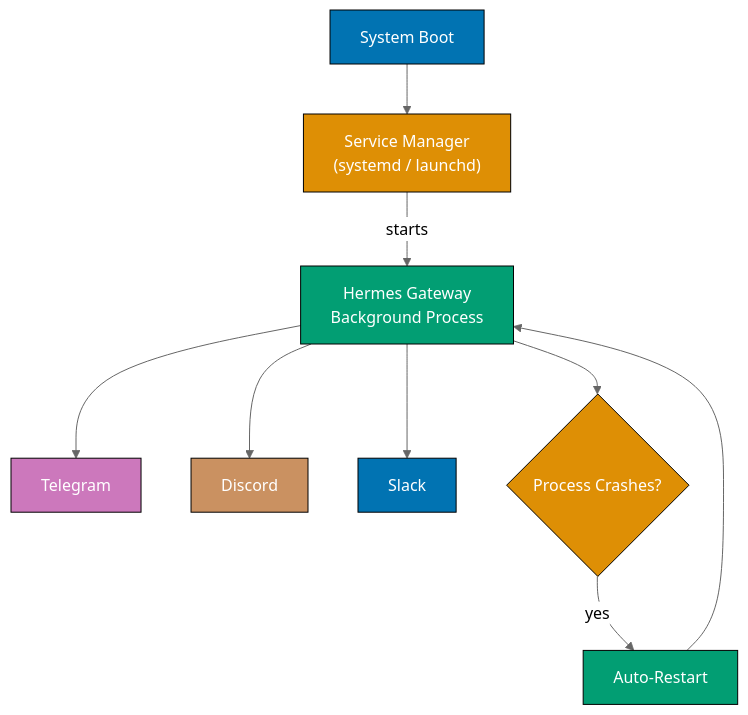
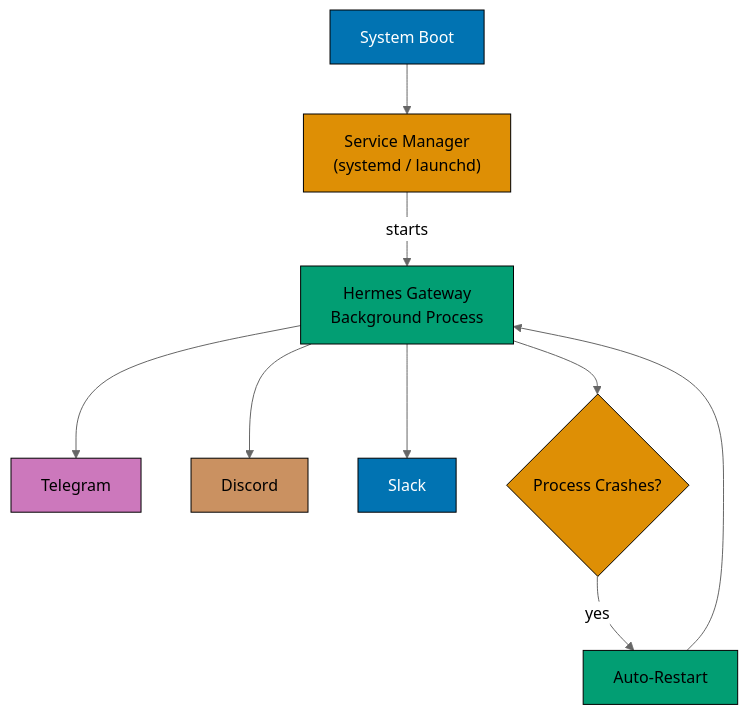
One commit to wahidyankf/ose-public changed diagram 11 of 14 in apps/ayokoding-www/content/en/learn/legacy/artificial-intelligence/tools/hermes-agent/by-example/advanced.md. Above: the diagram before and after it, drawn with Mermaid (neutral theme). The commit also changed other lines of this file and 50 other files, not shown here.

First line of the commit message:
fix(mermaid): bring the docs, governance, plans, and legacy AI diagrams onto the accessible palette

````diff
--- a/apps/ayokoding-www/content/en/learn/legacy/artificial-intelligence/tools/hermes-agent/by-example/advanced.md
+++ b/apps/ayokoding-www/content/en/learn/legacy/artificial-intelligence/tools/hermes-agent/by-example/advanced.md
@@ -1608,30 +1686,38 @@
 ```mermaid
 %% Color Palette: Blue #0173B2, Orange #DE8F05, Teal #029E73, Purple #CC78BC, Brown #CA9161
 graph TD
+    accTitle: Example 74: Daemon Installation
+    accDescr: Graph with 8 nodes and 8 connections. Nodes: System Boot, Service Manager (systemd / launchd), Hermes Gateway Background Process, Telegram, Discord, Slack, Process Crashes?, Auto-Restart. Connections: System Boot to Service Manager (systemd / launchd), Service Manager (systemd / launchd) to Hermes Gateway Background Process (starts), Hermes Gateway Background Process to Telegram, Hermes Gateway Background Process to Discord, Hermes Gateway Background Process to Slack, Hermes Gateway Background Process to Process Crashes?, Process Crashes? to Auto-Restart (yes), Auto-Restart to Hermes Gateway Background Process.
     A["System Boot"]
     B["Service Manager<br/>(systemd / launchd)"]
     C["Hermes Gateway<br/>Background Process"]
     D["Telegram"]
     E["Discord"]
     F["Slack"]
     G{"Process Crashes?"}
     H["Auto-Restart"]
 
     A --> B
     B -->|"starts"| C
     C --> D
     C --> E
     C --> F
     C --> G
     G -->|"yes"| H
     H --> C
 
-    style A fill:#0173B2,stroke:#000,color:#fff
-    style B fill:#DE8F05,stroke:#000,color:#fff
-    style C fill:#029E73,stroke:#000,color:#fff
-    style D fill:#CC78BC,stroke:#000,color:#fff
-    style E fill:#CA9161,stroke:#000,color:#fff
-    style F fill:#0173B2,stroke:#000,color:#fff
-    style G fill:#DE8F05,stroke:#000,color:#fff
-    style H fill:#029E73,stroke:#000,color:#fff
+    classDef pal-0173B2 fill:#0173B2,stroke:#000000,color:#FFFFFF
+    class A pal-0173B2
+    classDef pal-DE8F05 fill:#DE8F05,stroke:#000000,color:#000000
+    class B pal-DE8F05
+    classDef pal-029E73 fill:#029E73,stroke:#000000,color:#000000
+    class C pal-029E73
+    classDef pal-CC78BC fill:#CC78BC,stroke:#000000,color:#000000
+    class D pal-CC78BC
+    classDef pal-CA9161 fill:#CA9161,stroke:#000000,color:#000000
+    class E pal-CA9161
+    class F pal-0173B2
+    class G pal-DE8F05
+    class H pal-029E73
+    classDef default fill:#FFFFFF,stroke:#000000,color:#000000
 ```
````
